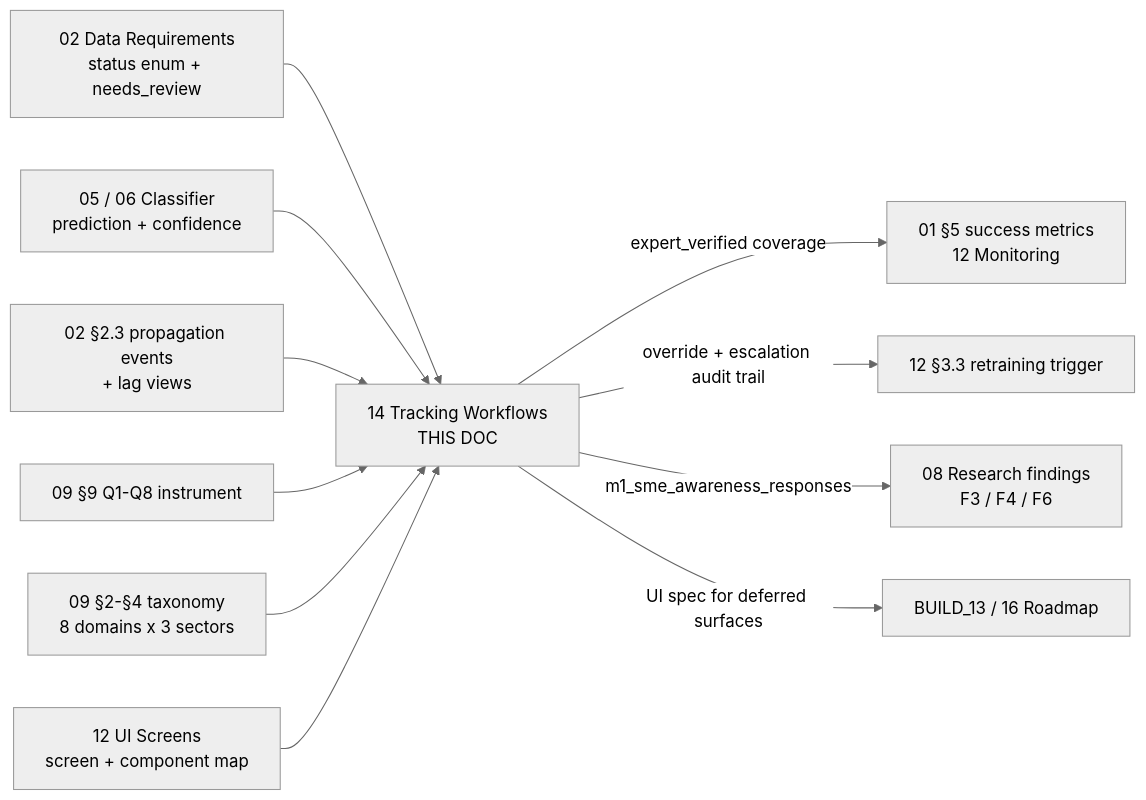
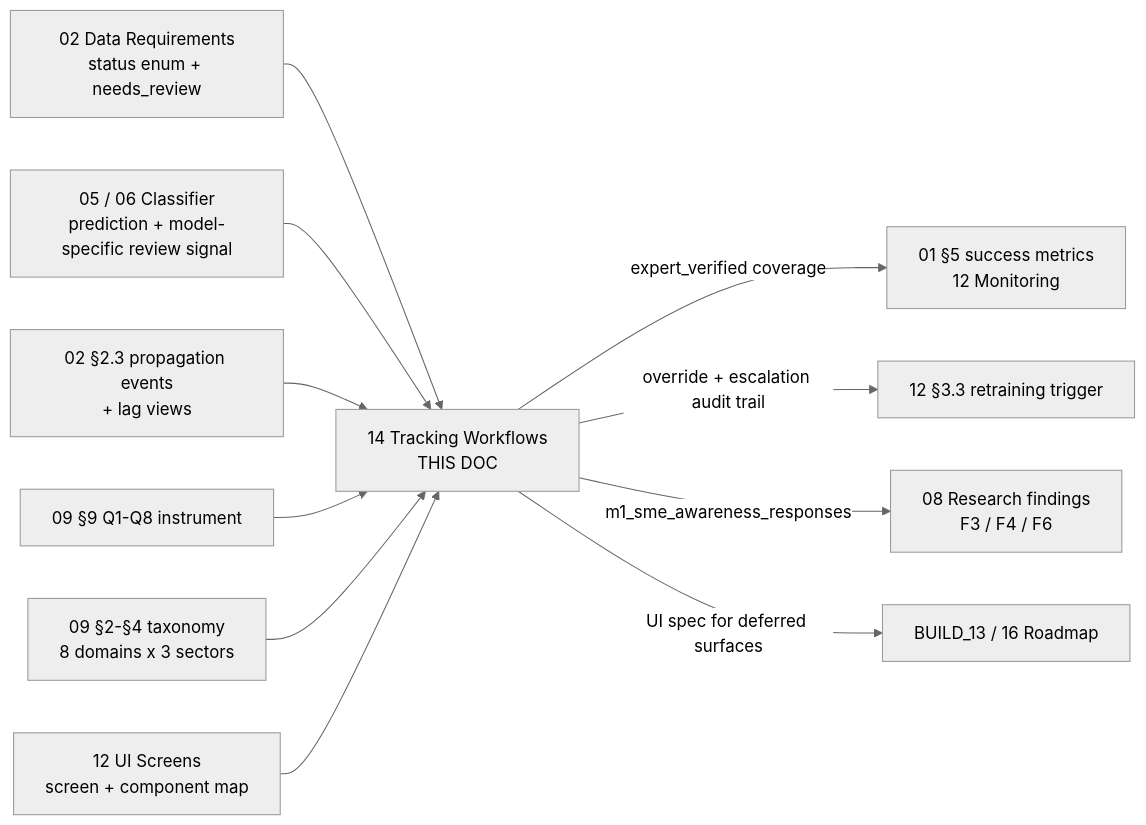
The first of 2 diagrams in 02-Research-Modules/1 Module-1-Awareness-Gap/14_M1_Tracking_Workflows.md (ifham-mohamed/obs-sme), drawn with Mermaid (neutral theme) before and after one commit. The commit also changed other lines of this file and 110 other files, not shown here.

````diff
--- a/02-Research-Modules/1 Module-1-Awareness-Gap/14_M1_Tracking_Workflows.md
+++ b/02-Research-Modules/1 Module-1-Awareness-Gap/14_M1_Tracking_Workflows.md
@@ -29,13 +36,13 @@
 ```mermaid
 flowchart LR
     D[02 Data Requirements<br/>status enum + needs_review] --> T[14 Tracking Workflows<br/>THIS DOC]
-    C[05 / 06 Classifier<br/>prediction + confidence] --> T
+    C[05 / 06 Classifier<br/>prediction + model-specific review signal] --> T
     P[02 §2.3 propagation events<br/>+ lag views] --> T
     I[09 §9 Q1-Q8 instrument] --> T
     X[09 §2-§4 taxonomy<br/>8 domains x 3 sectors] --> T
     S[12 UI Screens<br/>screen + component map] --> T
     T -->|expert_verified coverage| M[01 §5 success metrics<br/>12 Monitoring]
     T -->|override + escalation audit trail| R[12 §3.3 retraining trigger]
     T -->|m1_sme_awareness_responses| F[08 Research findings<br/>F3 / F4 / F6]
     T -->|UI spec for deferred surfaces| B[BUILD_13 / 16 Roadmap]
 ```
````
